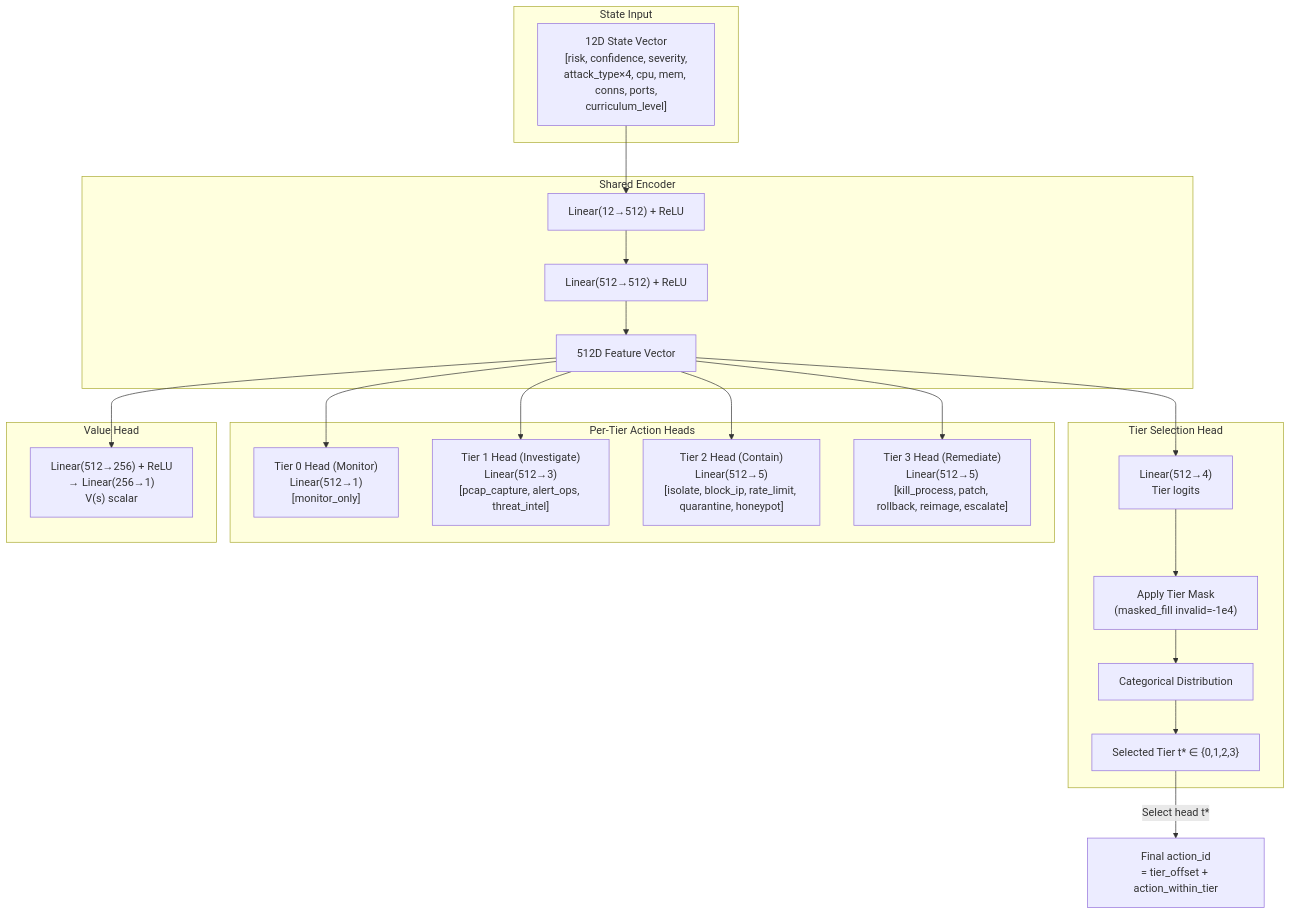
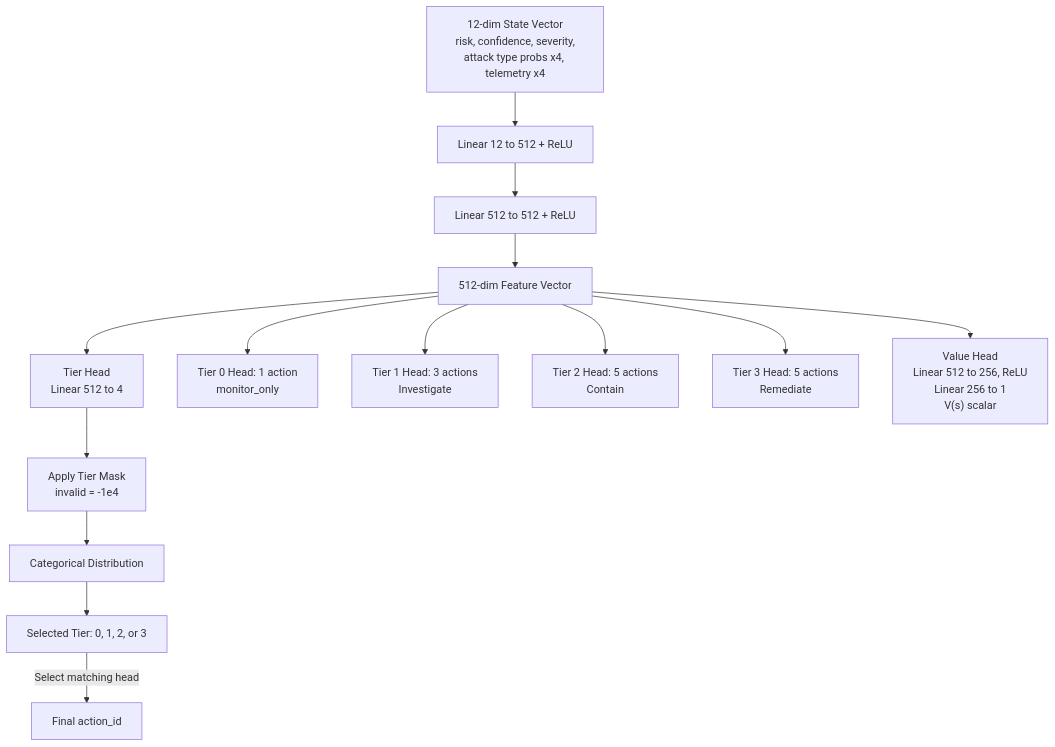
The seventh of 15 diagrams in README.md (didi-09/AI_DRIVEN_SOAR), drawn with Mermaid before and after one commit. The commit also changed other lines of this file, not shown here.

````diff
--- a/README.md
+++ b/README.md
@@ -210,32 +207,22 @@
 ```mermaid
 flowchart TD
-    subgraph INPUT["State Input"]
-        SV["12D State Vector\n[risk, confidence, severity,\nattack_type×4, cpu, mem, conns, ports,\ncurriculum_level]"]
-    end
+    SV["12-dim State Vector<br/>risk, confidence, severity,<br/>attack type probs x4, telemetry x4"]
 
-    subgraph ENCODER["Shared Encoder"]
-        SV --> E1["Linear(12→512) + ReLU"]
-        E1 --> E2["Linear(512→512) + ReLU"]
-        E2 --> FEAT["512D Feature Vector"]
-    end
+    SV --> E1["Linear 12 to 512 + ReLU"]
+    E1 --> E2["Linear 512 to 512 + ReLU"]
+    E2 --> FEAT["512-dim Feature Vector"]
 
-    subgraph TIER["Tier Selection Head"]
-        FEAT --> TH["Linear(512→4)\nTier logits"]
-        TH --> TMASK["Apply Tier Mask\n(masked_fill invalid=-1e4)"]
-        TMASK --> TDIST["Categorical Distribution"]
-        TDIST --> TIER_IDX["Selected Tier t* ∈ {0,1,2,3}"]
-    end
+    FEAT --> TH["Tier Head<br/>Linear 512 to 4"]
+    TH --> TMASK["Apply Tier Mask<br/>invalid = -1e4"]
+    TMASK --> TDIST["Categorical Distribution"]
+    TDIST --> TIER_IDX["Selected Tier: 0, 1, 2, or 3"]
 
-    subgraph ACTIONS["Per-Tier Action Heads"]
-        FEAT --> AH0["Tier 0 Head (Monitor)\nLinear(512→1)\n[monitor_only]"]
-        FEAT --> AH1["Tier 1 Head (Investigate)\nLinear(512→3)\n[pcap_capture, alert_ops, threat_intel]"]
-        FEAT --> AH2["Tier 2 Head (Contain)\nLinear(512→5)\n[isolate, block_ip, rate_limit, quarantine, honeypot]"]
-        FEAT --> AH3["Tier 3 Head (Remediate)\nLinear(512→5)\n[kill_process, patch, rollback, reimage, escalate]"]
-    end
+    FEAT --> AH0["Tier 0 Head: 1 action<br/>monitor_only"]
+    FEAT --> AH1["Tier 1 Head: 3 actions<br/>Investigate"]
+    FEAT --> AH2["Tier 2 Head: 5 actions<br/>Contain"]
+    FEAT --> AH3["Tier 3 Head: 5 actions<br/>Remediate"]
 
-    TIER_IDX -->|"Select head t*"| FINAL["Final action_id\n= tier_offset + action_within_tier"]
+    TIER_IDX -->|"Select matching head"| FINAL["Final action_id"]
 
-    subgraph CRITIC["Value Head"]
-        FEAT --> VH["Linear(512→256) + ReLU\n→ Linear(256→1)\nV(s) scalar"]
-    end
+    FEAT --> VH["Value Head<br/>Linear 512 to 256, ReLU<br/>Linear 256 to 1<br/>V(s) scalar"]
 ```
````
